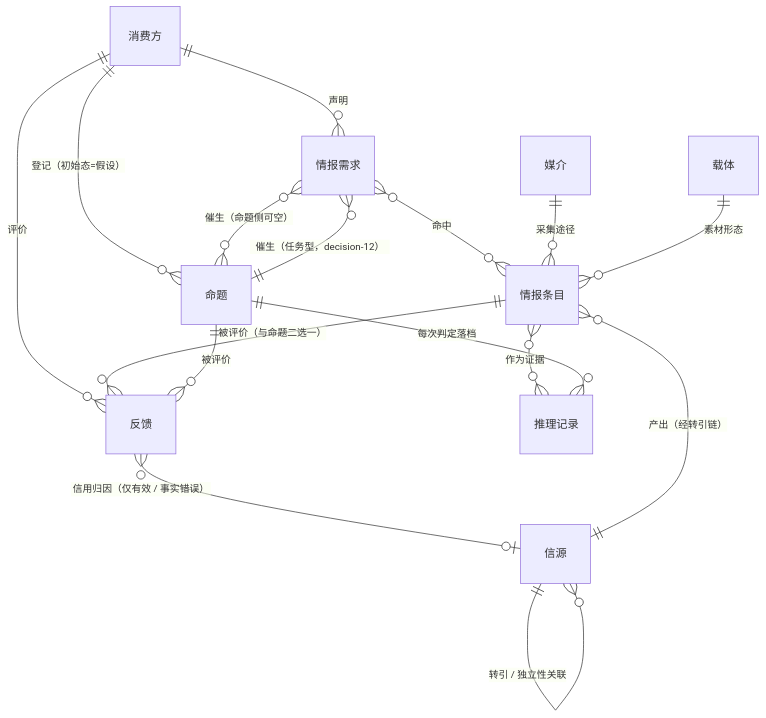
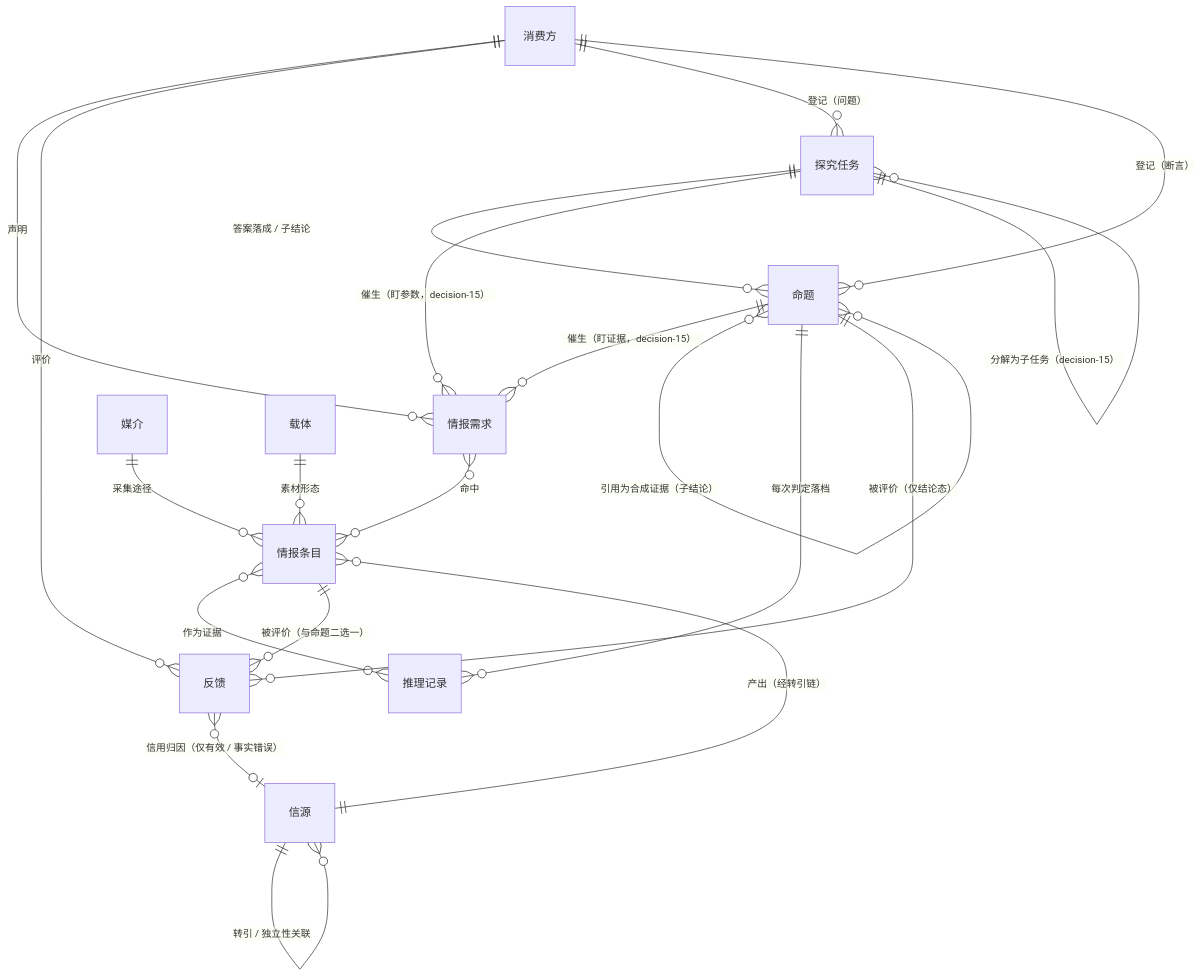
Before and after one commit to leoricmaster/iih: the second of 6 diagrams in backlog/docs/doc-02 - 领域模型-Domain-Model.md, drawn with Mermaid. The commit also changed other lines of this file and 8 other files, not shown here.

````diff
--- a/backlog/docs/doc-02 - 领域模型-Domain-Model.md
+++ b/backlog/docs/doc-02 - 领域模型-Domain-Model.md
@@ -54,18 +59,22 @@
 ```mermaid
 erDiagram
     消费方 ||--o{ 情报需求 : "声明"
     消费方 ||--o{ 反馈 : "评价"
-    消费方 ||--o{ 命题 : "登记（初始态=假设）"
+    消费方 ||--o{ 探究任务 : "登记（问题）"
+    消费方 ||--o{ 命题 : "登记（断言）"
+    探究任务 ||--o{ 命题 : "答案落成 / 子结论"
+    探究任务 ||--o{ 情报需求 : "催生（盯参数，decision-15）"
+    命题 ||--o{ 情报需求 : "催生（盯证据，decision-15）"
+    探究任务 ||--o{ 探究任务 : "分解为子任务（decision-15）"
+    命题 }o--o{ 命题 : "引用为合成证据（子结论）"
     情报需求 }o--o{ 情报条目 : "命中"
-    情报需求 }o--o{ 命题 : "催生（命题侧可空）"
-    命题 ||--o{ 情报需求 : "催生（任务型，decision-12）"
     媒介 ||--o{ 情报条目 : "采集途径"
     载体 ||--o{ 情报条目 : "素材形态"
     信源 ||--o{ 情报条目 : "产出（经转引链）"
     信源 ||--o{ 信源 : "转引 / 独立性关联"
     情报条目 }o--o{ 推理记录 : "作为证据"
     命题 ||--o{ 推理记录 : "每次判定落档"
     情报条目 ||--o{ 反馈 : "被评价（与命题二选一）"
-    命题 ||--o{ 反馈 : "被评价"
+    命题 ||--o{ 反馈 : "被评价（仅结论态）"
     反馈 }o--o| 信源 : "信用归因（仅有效 / 事实错误）"
 ```
````
